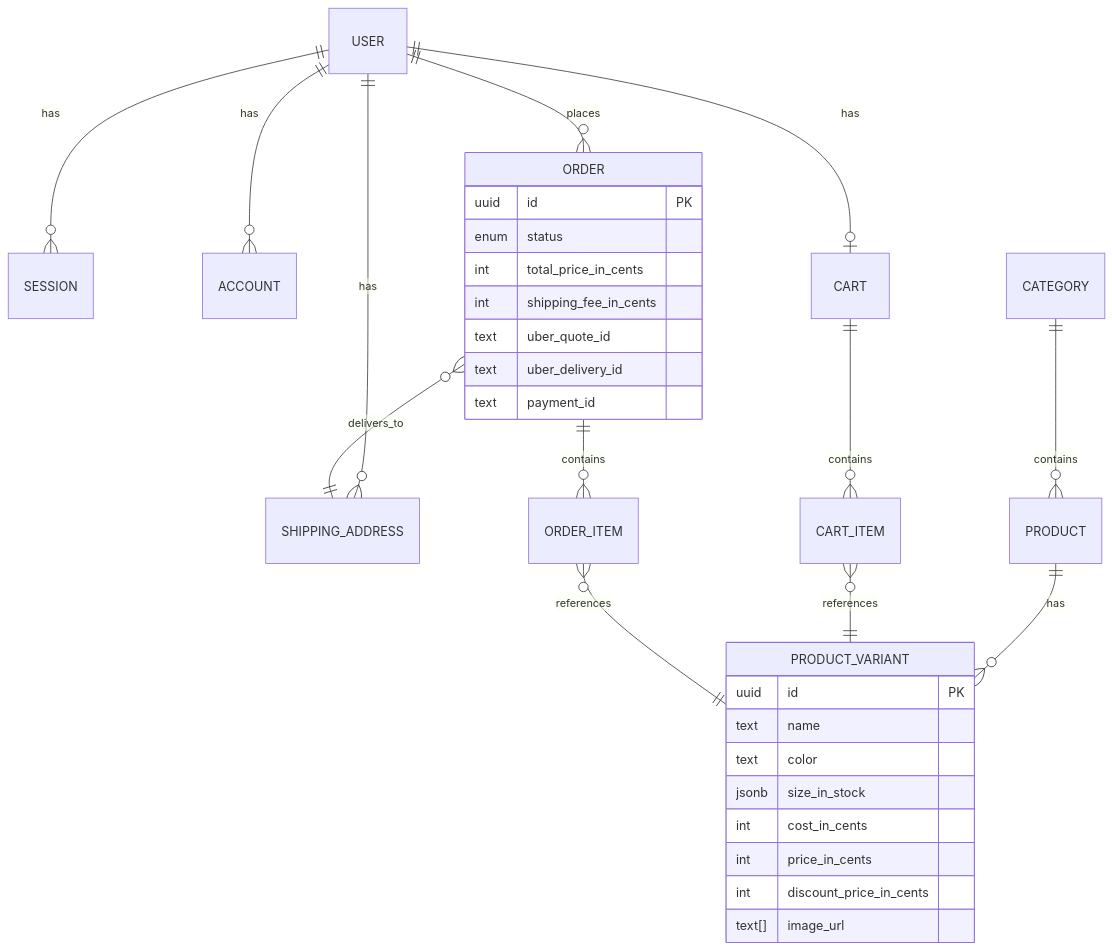
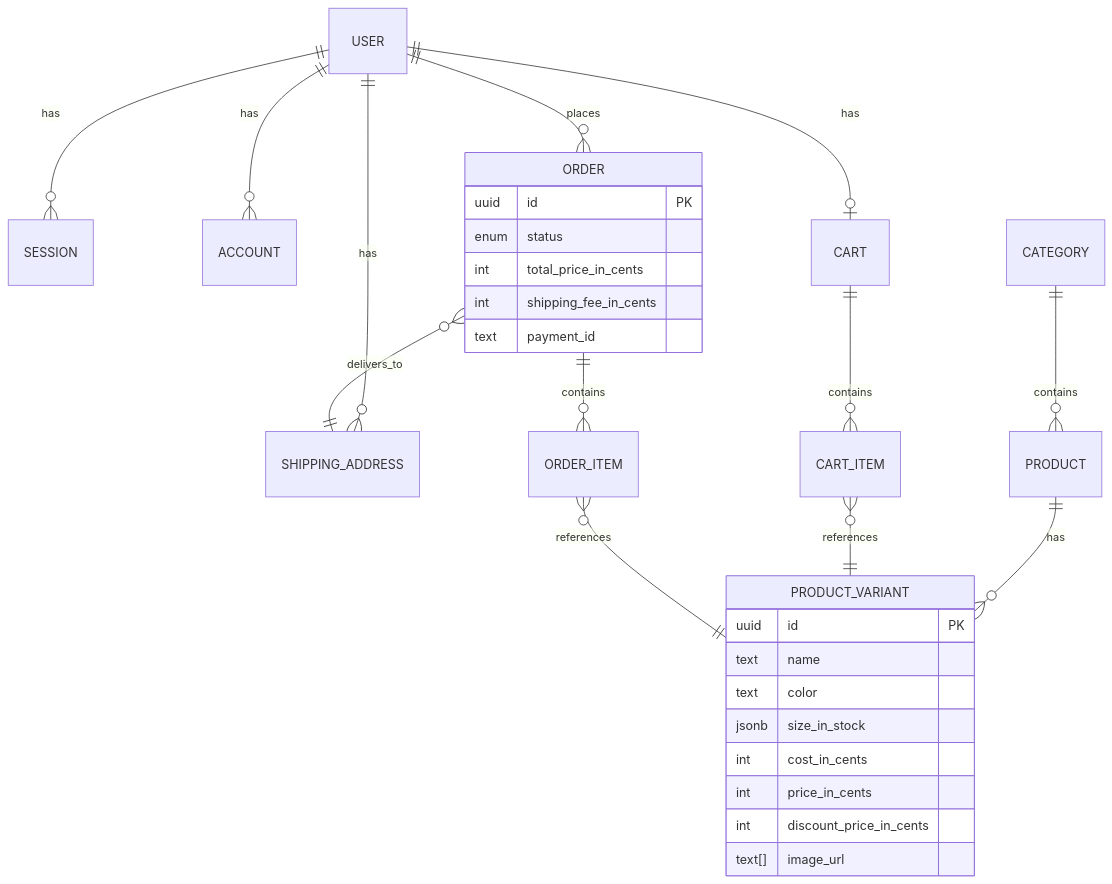
The diagram in README.md (Augusto9237/use-mana-ecommerce), drawn with Mermaid before and after one commit. The commit also changed other lines of this file and 32 other files, not shown here.

First line of the commit message:
refactor: remove Uber delivery integration and related code

````diff
--- a/README.md
+++ b/README.md
@@ -438,39 +420,37 @@
 ```mermaid
 erDiagram
     USER ||--o{ SESSION : has
     USER ||--o{ ACCOUNT : has
     USER ||--o{ SHIPPING_ADDRESS : has
     USER ||--o| CART : has
     USER ||--o{ ORDER : places
 
     CATEGORY ||--o{ PRODUCT : contains
     PRODUCT ||--o{ PRODUCT_VARIANT : has
 
     CART ||--o{ CART_ITEM : contains
     CART_ITEM }o--|| PRODUCT_VARIANT : references
 
     ORDER ||--o{ ORDER_ITEM : contains
     ORDER_ITEM }o--|| PRODUCT_VARIANT : references
     ORDER }o--|| SHIPPING_ADDRESS : delivers_to
 
     PRODUCT_VARIANT {
         uuid id PK
         text name
         text color
         jsonb size_in_stock
         int cost_in_cents
         int price_in_cents
         int discount_price_in_cents
         text[] image_url
     }
 
     ORDER {
         uuid id PK
         enum status
         int total_price_in_cents
         int shipping_fee_in_cents
-        text uber_quote_id
-        text uber_delivery_id
         text payment_id
     }
 ```
````
